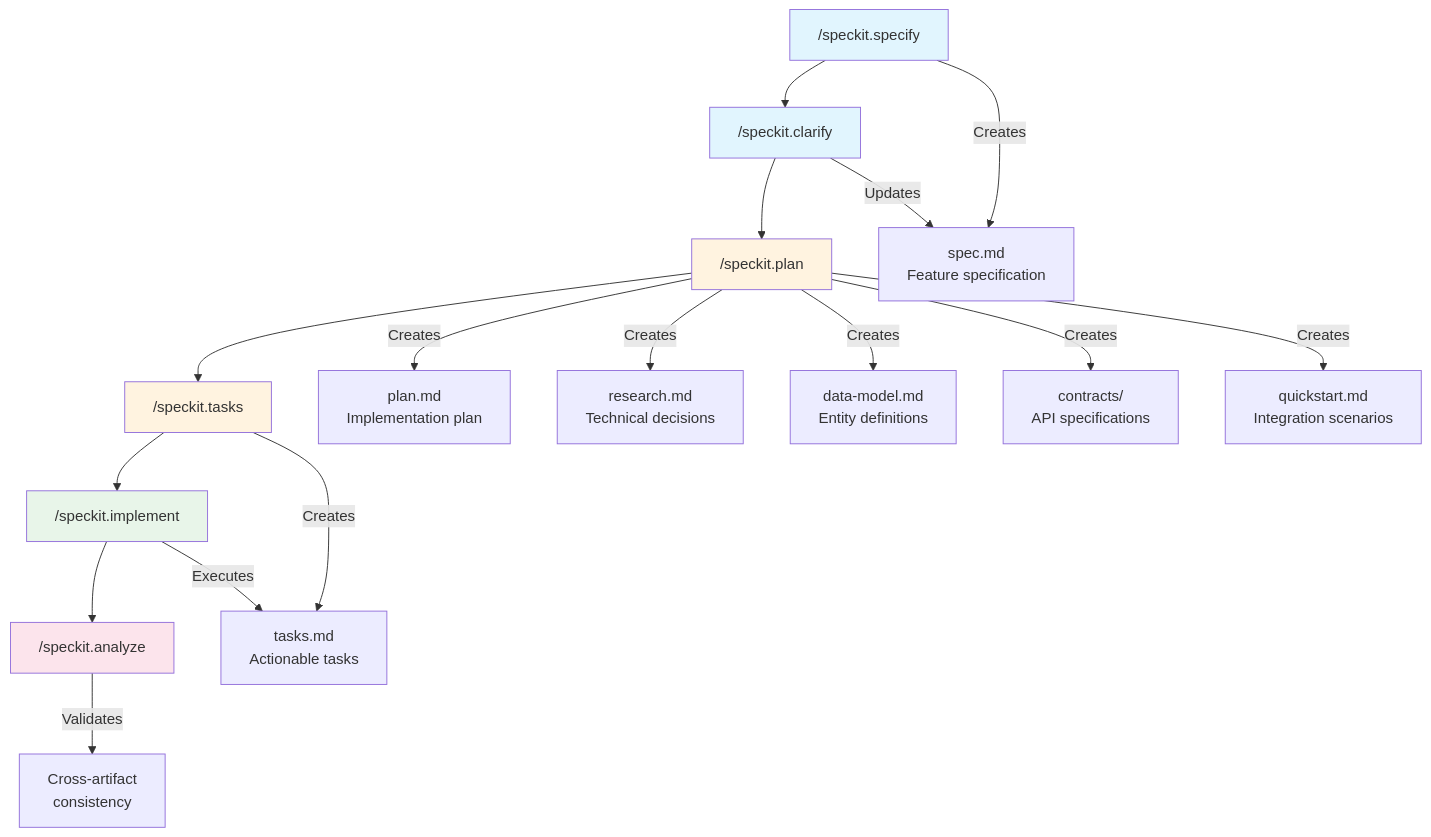
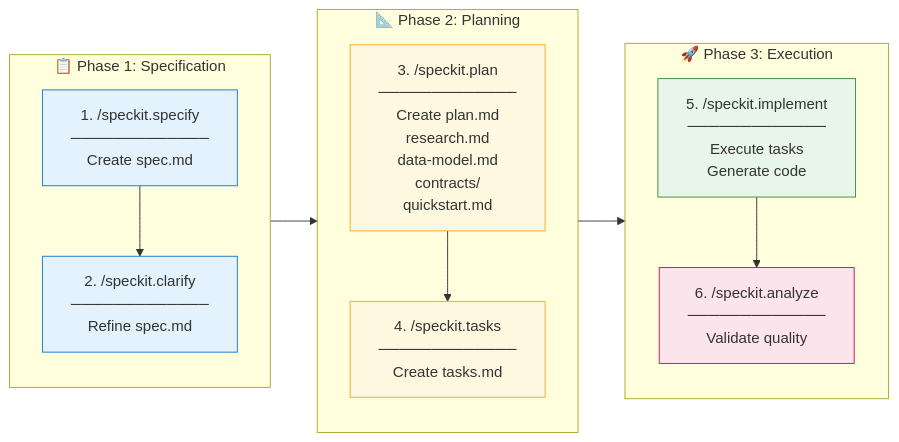
The diagram in README.md (maheswarim-work/FocusHelper), drawn with Mermaid before and after one commit. The commit also changed other lines of this file, not shown here.

Commit message:
Improve Mermaid diagram clarity with phases and visual summary
- Reorganize into 3 clear phases: Specification, Planning, Execution
- Use left-to-right flow for better readability
- Add subgraphs to group related commands
- Include ASCII fallback diagram for non-Mermaid environments
- Color-code by phase for visual distinction

````diff
--- a/README.md
+++ b/README.md
@@ -15,26 +15,30 @@
 ```mermaid
-flowchart TD
-    A["/speckit.specify"] --> B["/speckit.clarify"]
-    B --> C["/speckit.plan"]
-    C --> D["/speckit.tasks"]
-    D --> E["/speckit.implement"]
-    E --> F["/speckit.analyze"]
+flowchart LR
+    subgraph Phase1["📋 Phase 1: Specification"]
+        A["1. /speckit.specify<br/>─────────────<br/>Create spec.md"]
+        B["2. /speckit.clarify<br/>─────────────<br/>Refine spec.md"]
+        A --> B
+    end
 
-    A -->|Creates| A1["spec.md<br/>Feature specification"]
-    B -->|Updates| A1
-    C -->|Creates| C1["plan.md<br/>Implementation plan"]
-    C -->|Creates| C2["research.md<br/>Technical decisions"]
-    C -->|Creates| C3["data-model.md<br/>Entity definitions"]
-    C -->|Creates| C4["contracts/<br/>API specifications"]
-    C -->|Creates| C5["quickstart.md<br/>Integration scenarios"]
-    D -->|Creates| D1["tasks.md<br/>Actionable tasks"]
-    E -->|Executes| D1
-    F -->|Validates| F1["Cross-artifact<br/>consistency"]
+    subgraph Phase2["📐 Phase 2: Planning"]
+        C["3. /speckit.plan<br/>─────────────<br/>Create plan.md<br/>research.md<br/>data-model.md<br/>contracts/<br/>quickstart.md"]
+        D["4. /speckit.tasks<br/>─────────────<br/>Create tasks.md"]
+        C --> D
+    end
 
-    style A fill:#e1f5fe
-    style B fill:#e1f5fe
-    style C fill:#fff3e0
-    style D fill:#fff3e0
-    style E fill:#e8f5e9
-    style F fill:#fce4ec
+    subgraph Phase3["🚀 Phase 3: Execution"]
+        E["5. /speckit.implement<br/>─────────────<br/>Execute tasks<br/>Generate code"]
+        F["6. /speckit.analyze<br/>─────────────<br/>Validate quality"]
+        E --> F
+    end
+
+    Phase1 --> Phase2
+    Phase2 --> Phase3
+
+    style A fill:#e3f2fd,stroke:#1976d2
+    style B fill:#e3f2fd,stroke:#1976d2
+    style C fill:#fff8e1,stroke:#f9a825
+    style D fill:#fff8e1,stroke:#f9a825
+    style E fill:#e8f5e9,stroke:#388e3c
+    style F fill:#fce4ec,stroke:#c2185b
 ```
````
